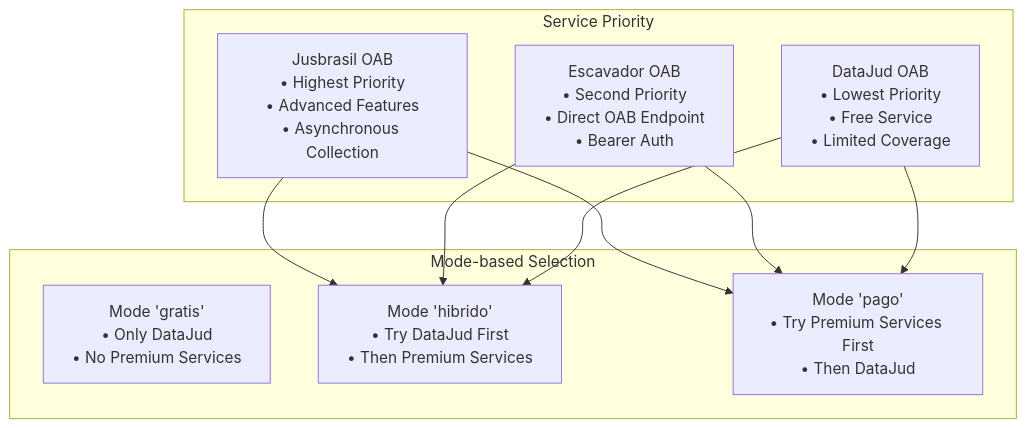
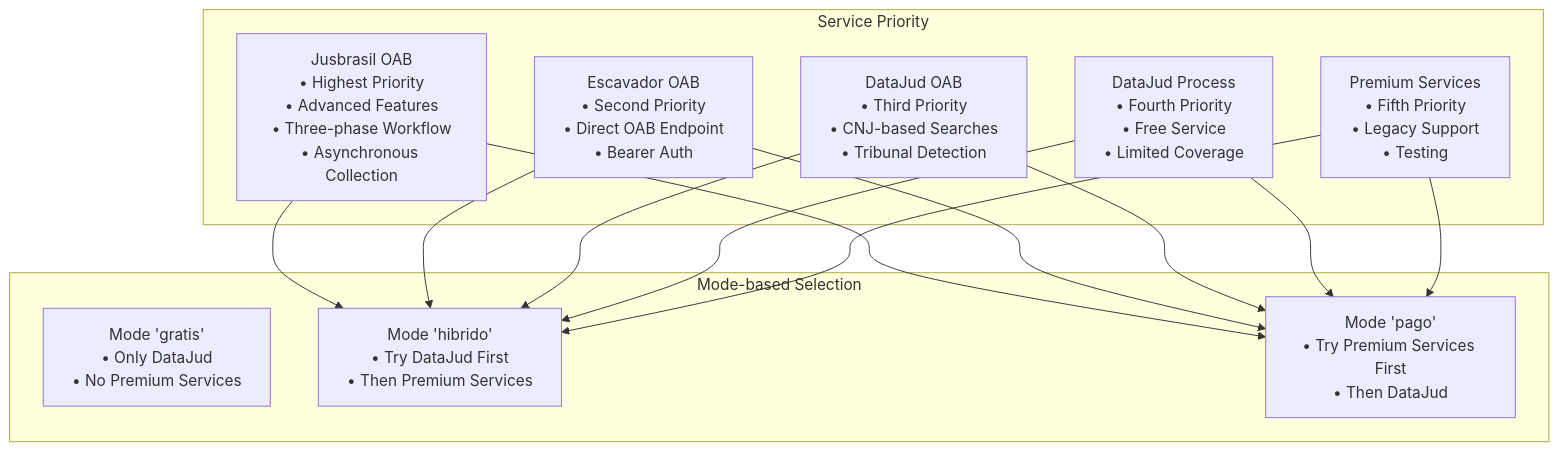
One commit to Alexandrexicara/bot-processos changed diagram 15 of 20 in .qoder/repowiki/en/content/API Integration Layer/Premium Paid Service Integration.md. Above: the diagram before and after it, drawn with Mermaid. The commit also changed other lines of this file and 10 other files, not shown here.

````diff
--- a/.qoder/repowiki/en/content/API Integration Layer/Premium Paid Service Integration.md
+++ b/.qoder/repowiki/en/content/API Integration Layer/Premium Paid Service Integration.md
@@ -571,19 +620,25 @@
 ```mermaid
 flowchart TD
 subgraph "Service Priority"
-Priority1["Jusbrasil OAB<br/>• Highest Priority<br/>• Advanced Features<br/>• Asynchronous Collection"]
+Priority1["Jusbrasil OAB<br/>• Highest Priority<br/>• Advanced Features<br/>• Three-phase Workflow<br/>• Asynchronous Collection"]
 Priority2["Escavador OAB<br/>• Second Priority<br/>• Direct OAB Endpoint<br/>• Bearer Auth"]
-Priority3["DataJud OAB<br/>• Lowest Priority<br/>• Free Service<br/>• Limited Coverage"]
+Priority3["DataJud OAB<br/>• Third Priority<br/>• CNJ-based Searches<br/>• Tribunal Detection"]
+Priority4["DataJud Process<br/>• Fourth Priority<br/>• Free Service<br/>• Limited Coverage"]
+Priority5["Premium Services<br/>• Fifth Priority<br/>• Legacy Support<br/>• Testing"]
 end
 subgraph "Mode-based Selection"
 ModeGratis["Mode 'gratis'<br/>• Only DataJud<br/>• No Premium Services"]
 ModeHibrido["Mode 'hibrido'<br/>• Try DataJud First<br/>• Then Premium Services"]
 ModePago["Mode 'pago'<br/>• Try Premium Services First<br/>• Then DataJud"]
 end
 Priority1 --> ModeHibrido
 Priority2 --> ModeHibrido
 Priority3 --> ModeHibrido
+Priority4 --> ModeHibrido
+Priority5 --> ModeHibrido
 Priority1 --> ModePago
 Priority2 --> ModePago
 Priority3 --> ModePago
+Priority4 --> ModePago
+Priority5 --> ModePago
 ```
````
